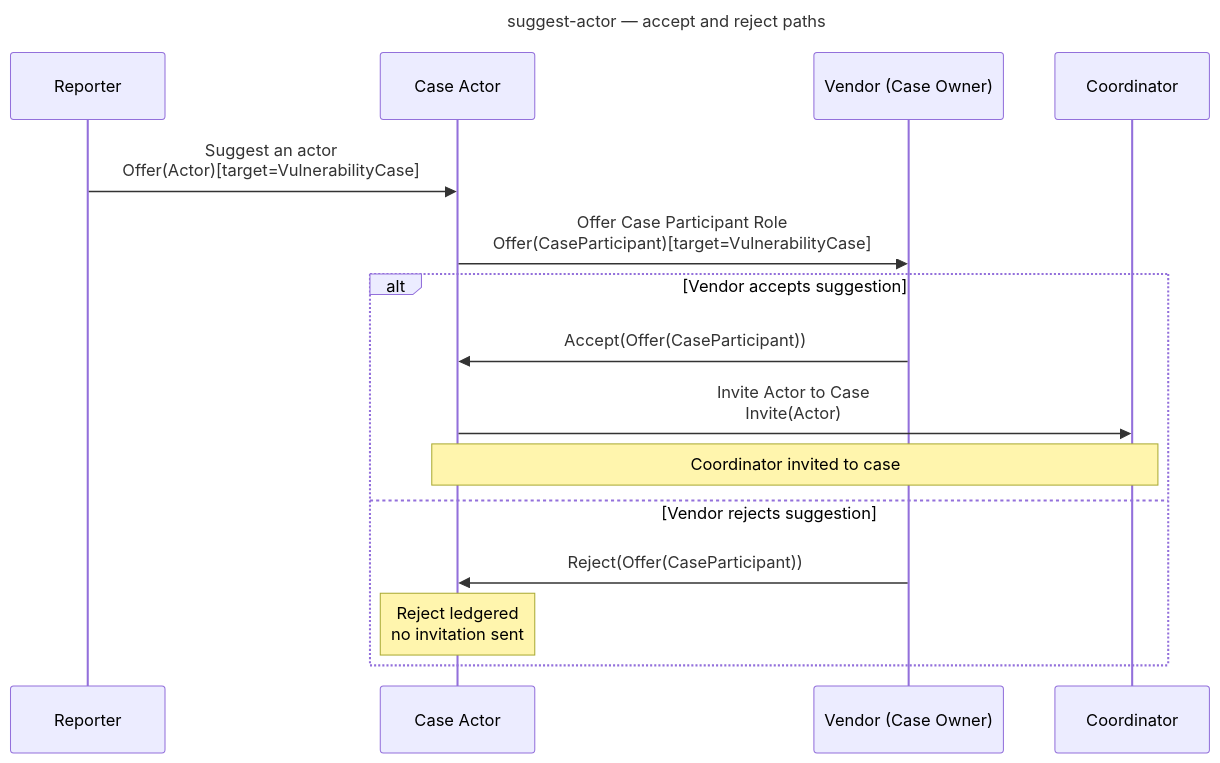
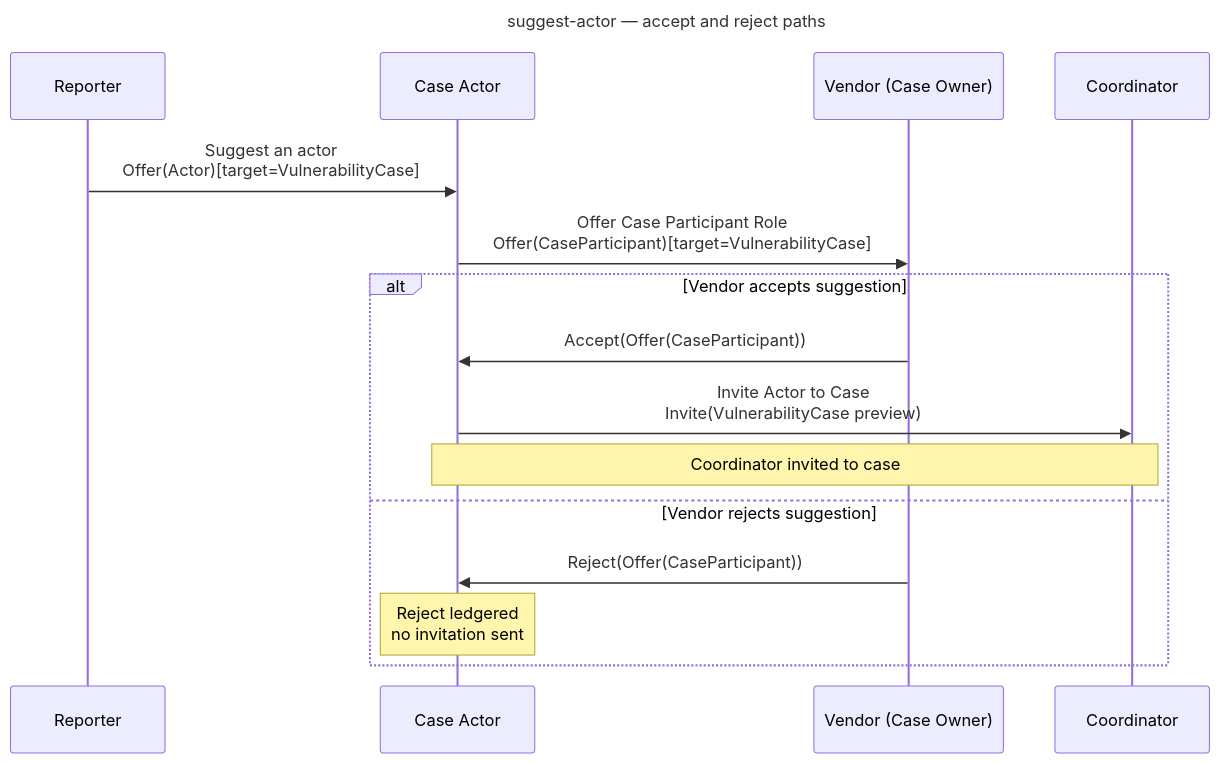
The second of 9 diagrams in docs/tutorials/other_demos.md (CERTCC/Vultron), drawn with Mermaid before and after one commit. The commit also changed other lines of this file and 129 other files, not shown here.

First line of the commit message:
test, docs, specs: move case Invites to AS2 slots and the stub to the preview

````diff
--- a/docs/tutorials/other_demos.md
+++ b/docs/tutorials/other_demos.md
@@ -142,21 +142,21 @@
 ```mermaid
 ---
 title: suggest-actor — accept and reject paths
 ---
 sequenceDiagram
     participant R as Reporter
     participant CA as Case Actor
     participant V as Vendor (Case Owner)
     participant C as Coordinator
 
     R->>CA: Suggest an actor<br/>Offer(Actor)[target=VulnerabilityCase]
     CA->>V: Offer Case Participant Role<br/>Offer(CaseParticipant)[target=VulnerabilityCase]
     alt Vendor accepts suggestion
         V->>CA: Accept(Offer(CaseParticipant))
-        CA->>C: Invite Actor to Case<br/>Invite(Actor)
+        CA->>C: Invite Actor to Case<br/>Invite(VulnerabilityCase preview)
         Note over CA,C: Coordinator invited to case
     else Vendor rejects suggestion
         V->>CA: Reject(Offer(CaseParticipant))
         Note over CA: Reject ledgered<br/>no invitation sent
     end
 ```
````
